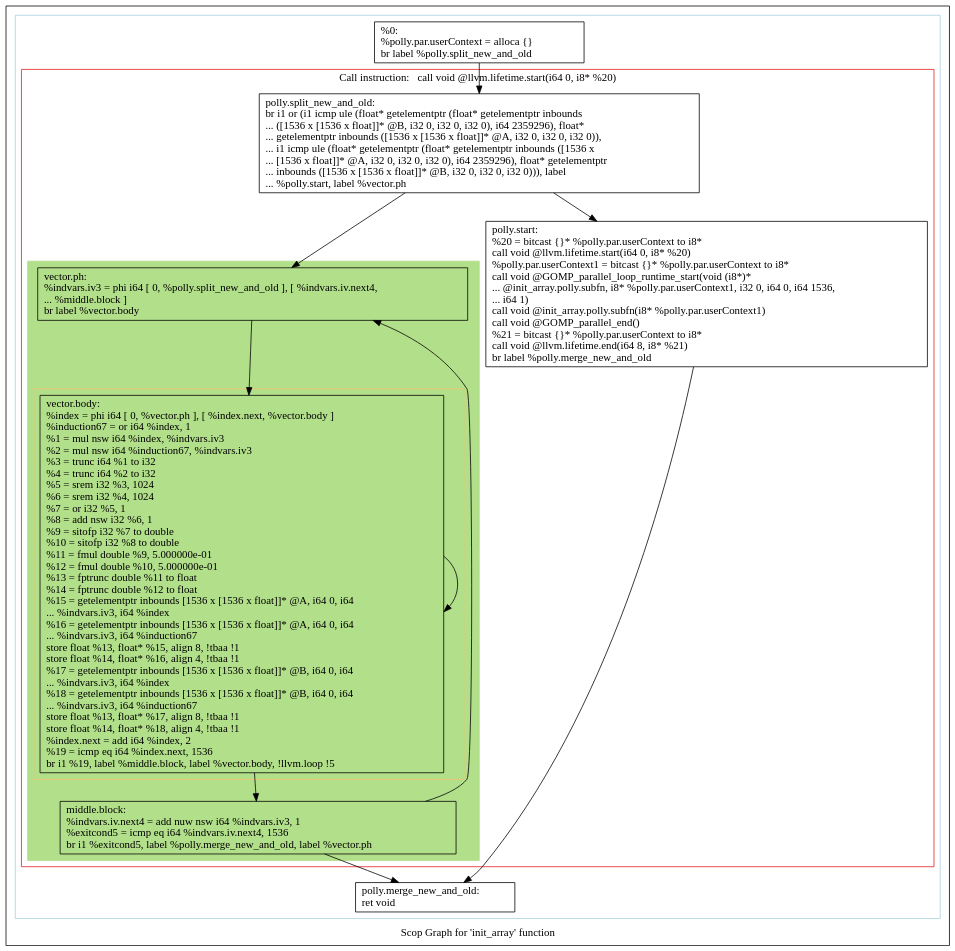
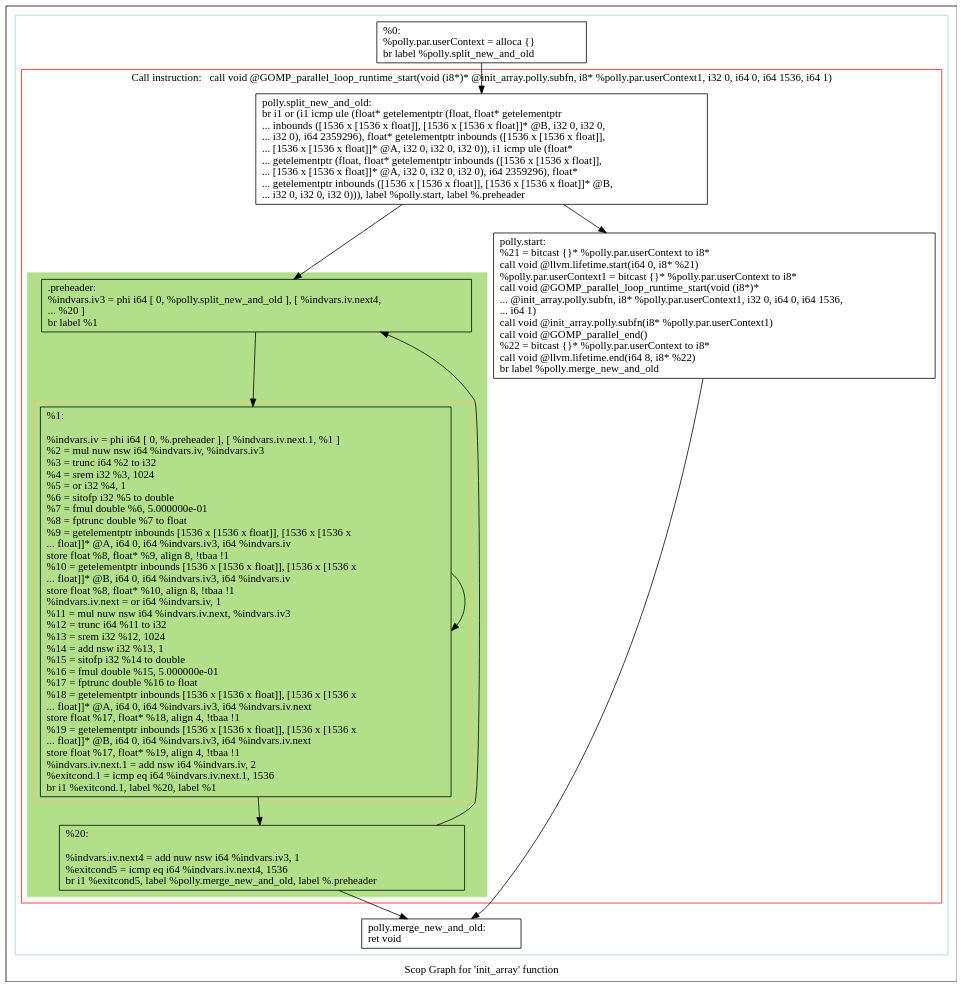
One commit to rogerioag/openmp-hook changed the diagram in matmul-polly/scops.init_array.dot. Above: the diagram before and after it, drawn with Graphviz. The commit also changed 9 other files, not shown here.

Commit message:
Adding sample of multiple parallel regions, using runtime scheduling.

```diff
--- a/matmul-polly/scops.init_array.dot
+++ b/matmul-polly/scops.init_array.dot
@@ -1,47 +1,47 @@
 digraph "Scop Graph for 'init_array' function" {
 	label="Scop Graph for 'init_array' function";
 
-	Node0x2314520 [shape=record,label="{%0:\l  %polly.par.userContext = alloca \{\}\l  br label %polly.split_new_and_old\l}"];
-	Node0x2314520 -> Node0x2314540;
-	Node0x2314540 [shape=record,label="{polly.split_new_and_old:                          \l  br i1 or (i1 icmp ule (float* getelementptr (float* getelementptr inbounds\l... ([1536 x [1536 x float]]* @B, i32 0, i32 0, i32 0), i64 2359296), float*\l... getelementptr inbounds ([1536 x [1536 x float]]* @A, i32 0, i32 0, i32 0)),\l... i1 icmp ule (float* getelementptr (float* getelementptr inbounds ([1536 x\l... [1536 x float]]* @A, i32 0, i32 0, i32 0), i64 2359296), float* getelementptr\l... inbounds ([1536 x [1536 x float]]* @B, i32 0, i32 0, i32 0))), label\l... %polly.start, label %vector.ph\l}"];
-	Node0x2314540 -> Node0x2318bc0;
-	Node0x2314540 -> Node0x2318c20;
-	Node0x2318bc0 [shape=record,label="{polly.start:                                      \l  %20 = bitcast \{\}* %polly.par.userContext to i8*\l  call void @llvm.lifetime.start(i64 0, i8* %20)\l  %polly.par.userContext1 = bitcast \{\}* %polly.par.userContext to i8*\l  call void @GOMP_parallel_loop_runtime_start(void (i8*)*\l... @init_array.polly.subfn, i8* %polly.par.userContext1, i32 0, i64 0, i64 1536,\l... i64 1)\l  call void @init_array.polly.subfn(i8* %polly.par.userContext1)\l  call void @GOMP_parallel_end()\l  %21 = bitcast \{\}* %polly.par.userContext to i8*\l  call void @llvm.lifetime.end(i64 8, i8* %21)\l  br label %polly.merge_new_and_old\l}"];
-	Node0x2318bc0 -> Node0x2318c80;
-	Node0x2318c80 [shape=record,label="{polly.merge_new_and_old:                          \l  ret void\l}"];
-	Node0x2318c20 [shape=record,label="{vector.ph:                                        \l  %indvars.iv3 = phi i64 [ 0, %polly.split_new_and_old ], [ %indvars.iv.next4,\l... %middle.block ]\l  br label %vector.body\l}"];
-	Node0x2318c20 -> Node0x2318da0;
-	Node0x2318da0 [shape=record,label="{vector.body:                                      \l  %index = phi i64 [ 0, %vector.ph ], [ %index.next, %vector.body ]\l  %induction67 = or i64 %index, 1\l  %1 = mul nsw i64 %index, %indvars.iv3\l  %2 = mul nsw i64 %induction67, %indvars.iv3\l  %3 = trunc i64 %1 to i32\l  %4 = trunc i64 %2 to i32\l  %5 = srem i32 %3, 1024\l  %6 = srem i32 %4, 1024\l  %7 = or i32 %5, 1\l  %8 = add nsw i32 %6, 1\l  %9 = sitofp i32 %7 to double\l  %10 = sitofp i32 %8 to double\l  %11 = fmul double %9, 5.000000e-01\l  %12 = fmul double %10, 5.000000e-01\l  %13 = fptrunc double %11 to float\l  %14 = fptrunc double %12 to float\l  %15 = getelementptr inbounds [1536 x [1536 x float]]* @A, i64 0, i64\l... %indvars.iv3, i64 %index\l  %16 = getelementptr inbounds [1536 x [1536 x float]]* @A, i64 0, i64\l... %indvars.iv3, i64 %induction67\l  store float %13, float* %15, align 8, !tbaa !1\l  store float %14, float* %16, align 4, !tbaa !1\l  %17 = getelementptr inbounds [1536 x [1536 x float]]* @B, i64 0, i64\l... %indvars.iv3, i64 %index\l  %18 = getelementptr inbounds [1536 x [1536 x float]]* @B, i64 0, i64\l... %indvars.iv3, i64 %induction67\l  store float %13, float* %17, align 8, !tbaa !1\l  store float %14, float* %18, align 4, !tbaa !1\l  %index.next = add i64 %index, 2\l  %19 = icmp eq i64 %index.next, 1536\l  br i1 %19, label %middle.block, label %vector.body, !llvm.loop !5\l}"];
-	Node0x2318da0 -> Node0x2318e00;
-	Node0x2318da0 -> Node0x2318da0[constraint=false];
-	Node0x2318e00 [shape=record,label="{middle.block:                                     \l  %indvars.iv.next4 = add nuw nsw i64 %indvars.iv3, 1\l  %exitcond5 = icmp eq i64 %indvars.iv.next4, 1536\l  br i1 %exitcond5, label %polly.merge_new_and_old, label %vector.ph\l}"];
-	Node0x2318e00 -> Node0x2318c80;
-	Node0x2318e00 -> Node0x2318c20[constraint=false];
+	Node0x14e27e0 [shape=record,label="{%0:\l  %polly.par.userContext = alloca \{\}\l  br label %polly.split_new_and_old\l}"];
+	Node0x14e27e0 -> Node0x14e2800;
+	Node0x14e2800 [shape=record,label="{polly.split_new_and_old:                          \l  br i1 or (i1 icmp ule (float* getelementptr (float, float* getelementptr\l... inbounds ([1536 x [1536 x float]], [1536 x [1536 x float]]* @B, i32 0, i32 0,\l... i32 0), i64 2359296), float* getelementptr inbounds ([1536 x [1536 x float]],\l... [1536 x [1536 x float]]* @A, i32 0, i32 0, i32 0)), i1 icmp ule (float*\l... getelementptr (float, float* getelementptr inbounds ([1536 x [1536 x float]],\l... [1536 x [1536 x float]]* @A, i32 0, i32 0, i32 0), i64 2359296), float*\l... getelementptr inbounds ([1536 x [1536 x float]], [1536 x [1536 x float]]* @B,\l... i32 0, i32 0, i32 0))), label %polly.start, label %.preheader\l}"];
+	Node0x14e2800 -> Node0x1520470;
+	Node0x14e2800 -> Node0x15161b0;
+	Node0x1520470 [shape=record,label="{polly.start:                                      \l  %21 = bitcast \{\}* %polly.par.userContext to i8*\l  call void @llvm.lifetime.start(i64 0, i8* %21)\l  %polly.par.userContext1 = bitcast \{\}* %polly.par.userContext to i8*\l  call void @GOMP_parallel_loop_runtime_start(void (i8*)*\l... @init_array.polly.subfn, i8* %polly.par.userContext1, i32 0, i64 0, i64 1536,\l... i64 1)\l  call void @init_array.polly.subfn(i8* %polly.par.userContext1)\l  call void @GOMP_parallel_end()\l  %22 = bitcast \{\}* %polly.par.userContext to i8*\l  call void @llvm.lifetime.end(i64 8, i8* %22)\l  br label %polly.merge_new_and_old\l}"];
+	Node0x1520470 -> Node0x14e2890;
+	Node0x14e2890 [shape=record,label="{polly.merge_new_and_old:                          \l  ret void\l}"];
+	Node0x15161b0 [shape=record,label="{.preheader:                                       \l  %indvars.iv3 = phi i64 [ 0, %polly.split_new_and_old ], [ %indvars.iv.next4,\l... %20 ]\l  br label %1\l}"];
+	Node0x15161b0 -> Node0x14e28b0;
+	Node0x14e28b0 [shape=record,label="{%1:\l\l  %indvars.iv = phi i64 [ 0, %.preheader ], [ %indvars.iv.next.1, %1 ]\l  %2 = mul nuw nsw i64 %indvars.iv, %indvars.iv3\l  %3 = trunc i64 %2 to i32\l  %4 = srem i32 %3, 1024\l  %5 = or i32 %4, 1\l  %6 = sitofp i32 %5 to double\l  %7 = fmul double %6, 5.000000e-01\l  %8 = fptrunc double %7 to float\l  %9 = getelementptr inbounds [1536 x [1536 x float]], [1536 x [1536 x\l... float]]* @A, i64 0, i64 %indvars.iv3, i64 %indvars.iv\l  store float %8, float* %9, align 8, !tbaa !1\l  %10 = getelementptr inbounds [1536 x [1536 x float]], [1536 x [1536 x\l... float]]* @B, i64 0, i64 %indvars.iv3, i64 %indvars.iv\l  store float %8, float* %10, align 8, !tbaa !1\l  %indvars.iv.next = or i64 %indvars.iv, 1\l  %11 = mul nuw nsw i64 %indvars.iv.next, %indvars.iv3\l  %12 = trunc i64 %11 to i32\l  %13 = srem i32 %12, 1024\l  %14 = add nsw i32 %13, 1\l  %15 = sitofp i32 %14 to double\l  %16 = fmul double %15, 5.000000e-01\l  %17 = fptrunc double %16 to float\l  %18 = getelementptr inbounds [1536 x [1536 x float]], [1536 x [1536 x\l... float]]* @A, i64 0, i64 %indvars.iv3, i64 %indvars.iv.next\l  store float %17, float* %18, align 4, !tbaa !1\l  %19 = getelementptr inbounds [1536 x [1536 x float]], [1536 x [1536 x\l... float]]* @B, i64 0, i64 %indvars.iv3, i64 %indvars.iv.next\l  store float %17, float* %19, align 4, !tbaa !1\l  %indvars.iv.next.1 = add nsw i64 %indvars.iv, 2\l  %exitcond.1 = icmp eq i64 %indvars.iv.next.1, 1536\l  br i1 %exitcond.1, label %20, label %1\l}"];
+	Node0x14e28b0 -> Node0x1516320;
+	Node0x14e28b0 -> Node0x14e28b0[constraint=false];
+	Node0x1516320 [shape=record,label="{%20:\l\l  %indvars.iv.next4 = add nuw nsw i64 %indvars.iv3, 1\l  %exitcond5 = icmp eq i64 %indvars.iv.next4, 1536\l  br i1 %exitcond5, label %polly.merge_new_and_old, label %.preheader\l}"];
+	Node0x1516320 -> Node0x14e2890;
+	Node0x1516320 -> Node0x15161b0[constraint=false];
 	colorscheme = "paired12"
-        subgraph cluster_0x2314480 {
+        subgraph cluster_0x14e7a10 {
           label = "";
           style = solid;
           color = 1
-          subgraph cluster_0x23150f0 {
-            label = "Call instruction:   call void @llvm.lifetime.start(i64 0, i8* %20)";
+          subgraph cluster_0x14df8b0 {
+            label = "Call instruction:   call void @GOMP_parallel_loop_runtime_start(void (i8*)* @init_array.polly.subfn, i8* %polly.par.userContext1, i32 0, i64 0, i64 1536, i64 1)";
             style = solid;
             color = 6
-            subgraph cluster_0x2315070 {
+            subgraph cluster_0x14df830 {
               label = "";
               style = filled;
-              color = 3              subgraph cluster_0x2314be0 {
+              color = 3              subgraph cluster_0x14df7b0 {
                 label = "";
                 style = solid;
                 color = 7
-                Node0x2318da0;
+                Node0x14e28b0;
               }
-              Node0x2318c20;
-              Node0x2318e00;
+              Node0x15161b0;
+              Node0x1516320;
             }
-            Node0x2314540;
-            Node0x2318bc0;
+            Node0x14e2800;
+            Node0x1520470;
           }
-          Node0x2314520;
-          Node0x2318c80;
+          Node0x14e27e0;
+          Node0x14e2890;
         }
 }
```
